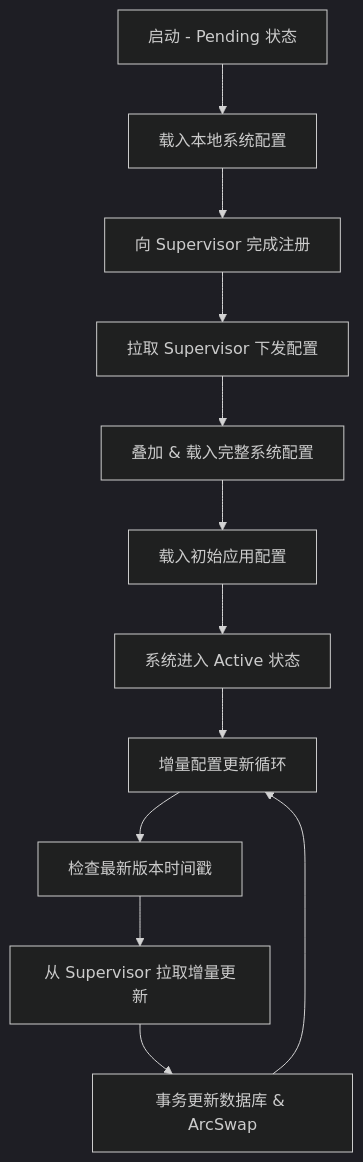
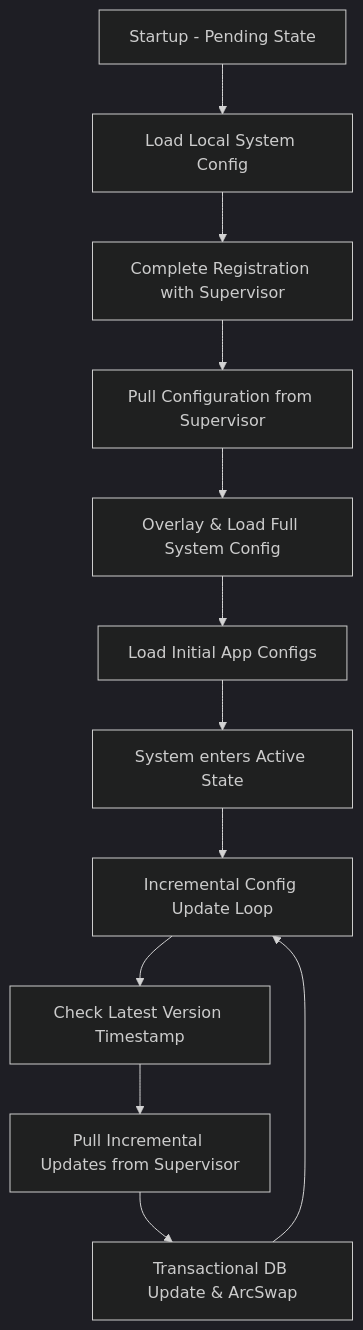
One commit to deislet/deislet changed the second of 3 diagrams in crates/deflux/README.md. Above: the diagram before and after it, drawn with Mermaid (dark theme). The commit also changed other lines of this file and 59 other files, not shown here.

First line of the commit message:
Sync local development: graceful restart, supervisor client, config rework

````diff
--- a/crates/deflux/README.md
+++ b/crates/deflux/README.md
@@ -86,15 +86,15 @@
 ```mermaid
 graph TD
-    A[启动 - Pending 状态] --> B[载入本地系统配置]
-    B --> C[向 Supervisor 完成注册]
-    C --> D[拉取 Supervisor 下发配置]
-    D --> E[叠加 & 载入完整系统配置]
-    E --> F[载入初始应用配置]
-    F --> G[系统进入 Active 状态]
-    
-    G --> H[增量配置更新循环]
-    H --> I[检查最新版本时间戳]
-    I --> J[从 Supervisor 拉取增量更新]
-    J --> K[事务更新数据库 & ArcSwap]
+    A[Startup - Pending State] --> B[Load Local System Config]
+    B --> C[Complete Registration with Supervisor]
+    C --> D[Pull Configuration from Supervisor]
+    D --> E[Overlay & Load Full System Config]
+    E --> F[Load Initial App Configs]
+    F --> G[System enters Active State]
+
+    G --> H[Incremental Config Update Loop]
+    H --> I[Check Latest Version Timestamp]
+    I --> J[Pull Incremental Updates from Supervisor]
+    J --> K[Transactional DB Update & ArcSwap]
     K --> H
 ```
````
